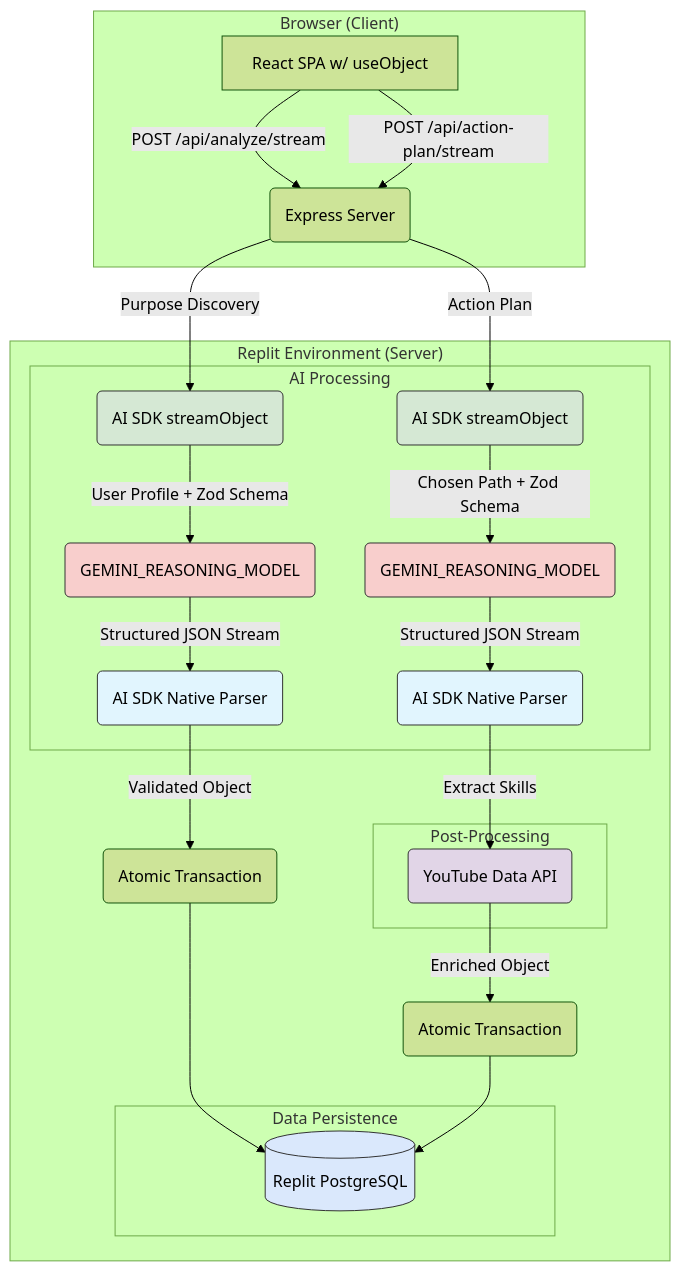
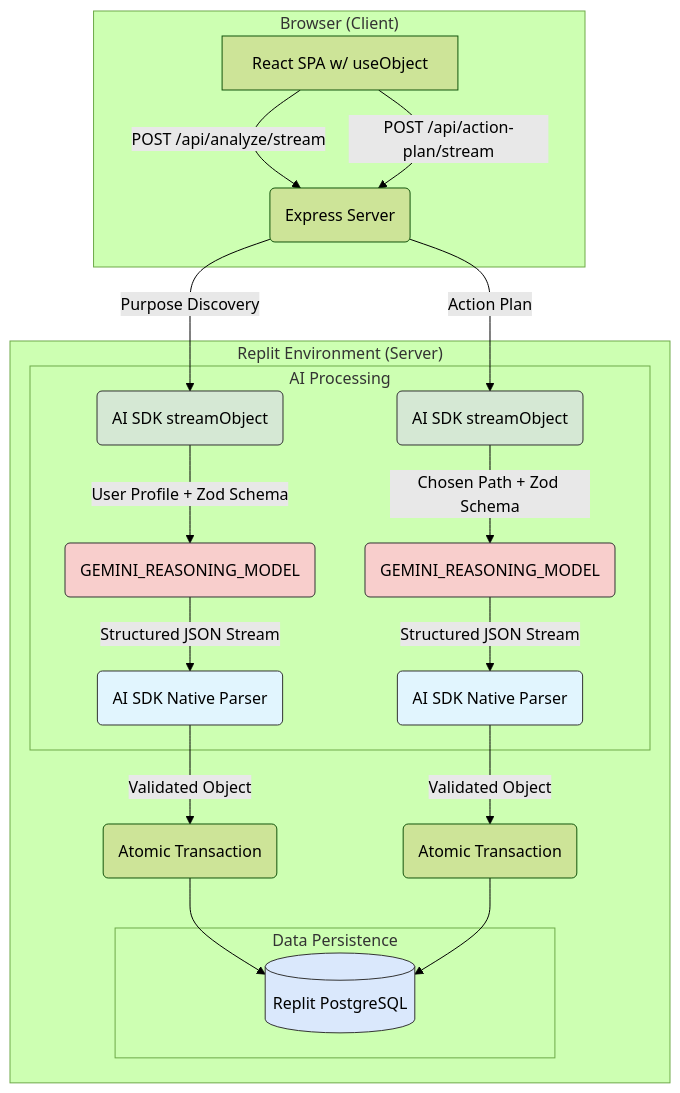
The diagram in docs/tech-spec.md (andres-monge/ikigai), drawn with Mermaid (forest theme) before and after one commit. The commit also changed other lines of this file and 17 other files, not shown here.

````diff
--- a/docs/tech-spec.md
+++ b/docs/tech-spec.md
@@ -63,41 +62,36 @@
 ```mermaid
 graph TD
     subgraph "Browser (Client)"
         C1[React SPA w/ useObject] -->|POST /api/analyze/stream| S1(Express Server)
         C1 -->|POST /api/action-plan/stream| S1
     end
 
     subgraph "Replit Environment (Server)"
         S1 -- "Purpose Discovery" --> ORC(AI SDK streamObject)
         S1 -- "Action Plan" --> ORC2(AI SDK streamObject)
 
         subgraph "AI Processing"
             ORC -- "User Profile + Zod Schema" --> CALL2(GEMINI_REASONING_MODEL)
             ORC2 -- "Chosen Path + Zod Schema" --> CALL3(GEMINI_REASONING_MODEL)
             CALL2 -- "Structured JSON Stream" --> PARSE1(AI SDK Native Parser)
             CALL3 -- "Structured JSON Stream" --> PARSE2(AI SDK Native Parser)
         end
 
-        subgraph "Post-Processing"
-            PARSE2 -- "Extract Skills" --> YT_API(YouTube Data API)
-        end
-
         subgraph "Data Persistence"
             DB[(Replit PostgreSQL)]
         end
 
         PARSE1 -- "Validated Object" --> PERSIST1(Atomic Transaction)
-        YT_API -- "Enriched Object" --> PERSIST2(Atomic Transaction)
+        PARSE2 -- "Validated Object" --> PERSIST2(Atomic Transaction)
         PERSIST1 --> DB
         PERSIST2 --> DB
     end
 
     style ORC fill:#d5e8d4,stroke:#333
     style ORC2 fill:#d5e8d4,stroke:#333
     style CALL2 fill:#f8cecc,stroke:#333
     style CALL3 fill:#f8cecc,stroke:#333
     style PARSE1 fill:#e1f5fe,stroke:#333
     style PARSE2 fill:#e1f5fe,stroke:#333
-    style YT_API fill:#e1d5e7,stroke:#333
     style DB fill:#dae8fc,stroke:#333
 ```
````
